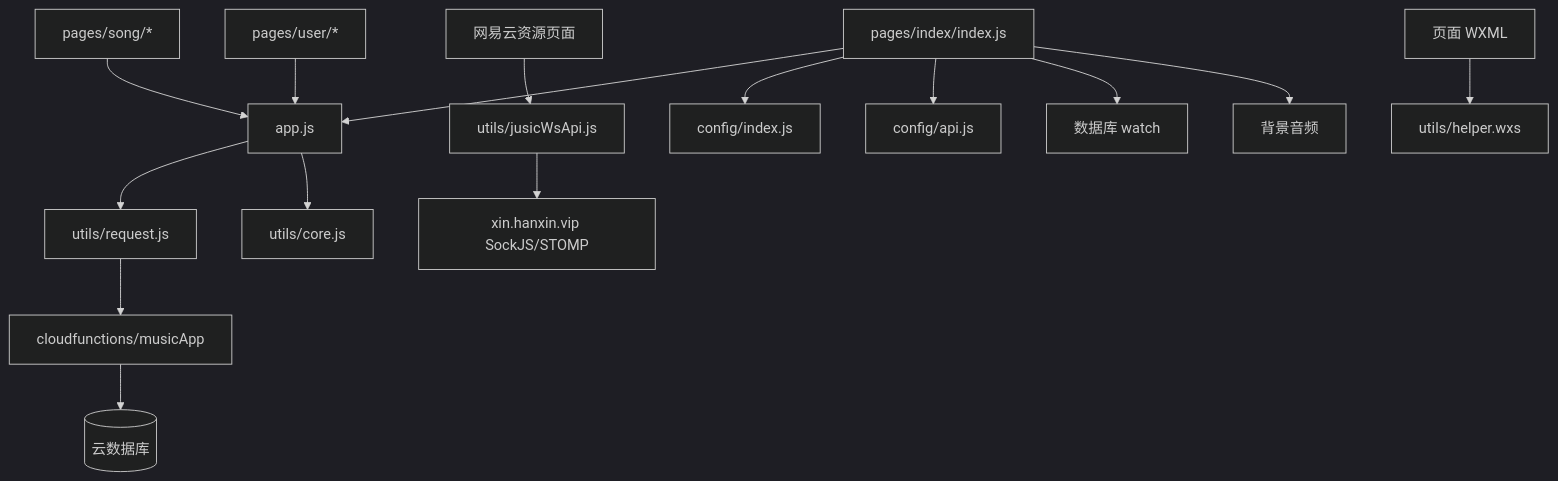
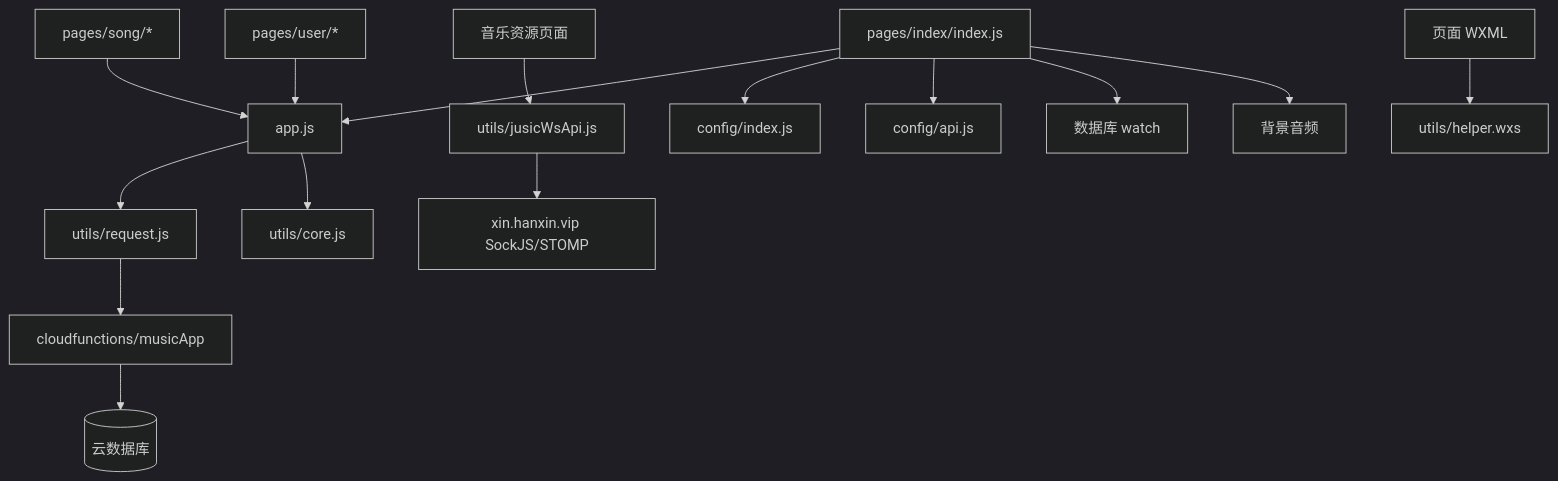
Before and after one commit to Neveryu/miniprogram-music: the first of 2 diagrams in docs/code-wiki/06-依赖关系.md, drawn with Mermaid (dark theme). The commit also changed other lines of this file and 53 other files, not shown here.

````diff
--- a/docs/code-wiki/06-依赖关系.md
+++ b/docs/code-wiki/06-依赖关系.md
@@ -18,17 +18,17 @@
 ```mermaid
 flowchart TD
     APP[app.js] --> REQUEST[utils/request.js]
     APP --> CORE[utils/core.js]
     REQUEST --> FUNC[cloudfunctions/musicApp]
     FUNC --> DB[(云数据库)]
-    SELECT[网易云资源页面] --> JUSIC[utils/jusicWsApi.js]
+    SELECT[音乐资源页面] --> JUSIC[utils/jusicWsApi.js]
     JUSIC --> WS[xin.hanxin.vip SockJS/STOMP]
     INDEX[pages/index/index.js] --> APP
     INDEX --> CONFIG[config/index.js]
     INDEX --> API[config/api.js]
     INDEX --> WATCH[数据库 watch]
     INDEX --> AUDIO[背景音频]
     SONG[pages/song/*] --> APP
     USER[pages/user/*] --> APP
     WXML[页面 WXML] --> WXS[utils/helper.wxs]
 ```
````
